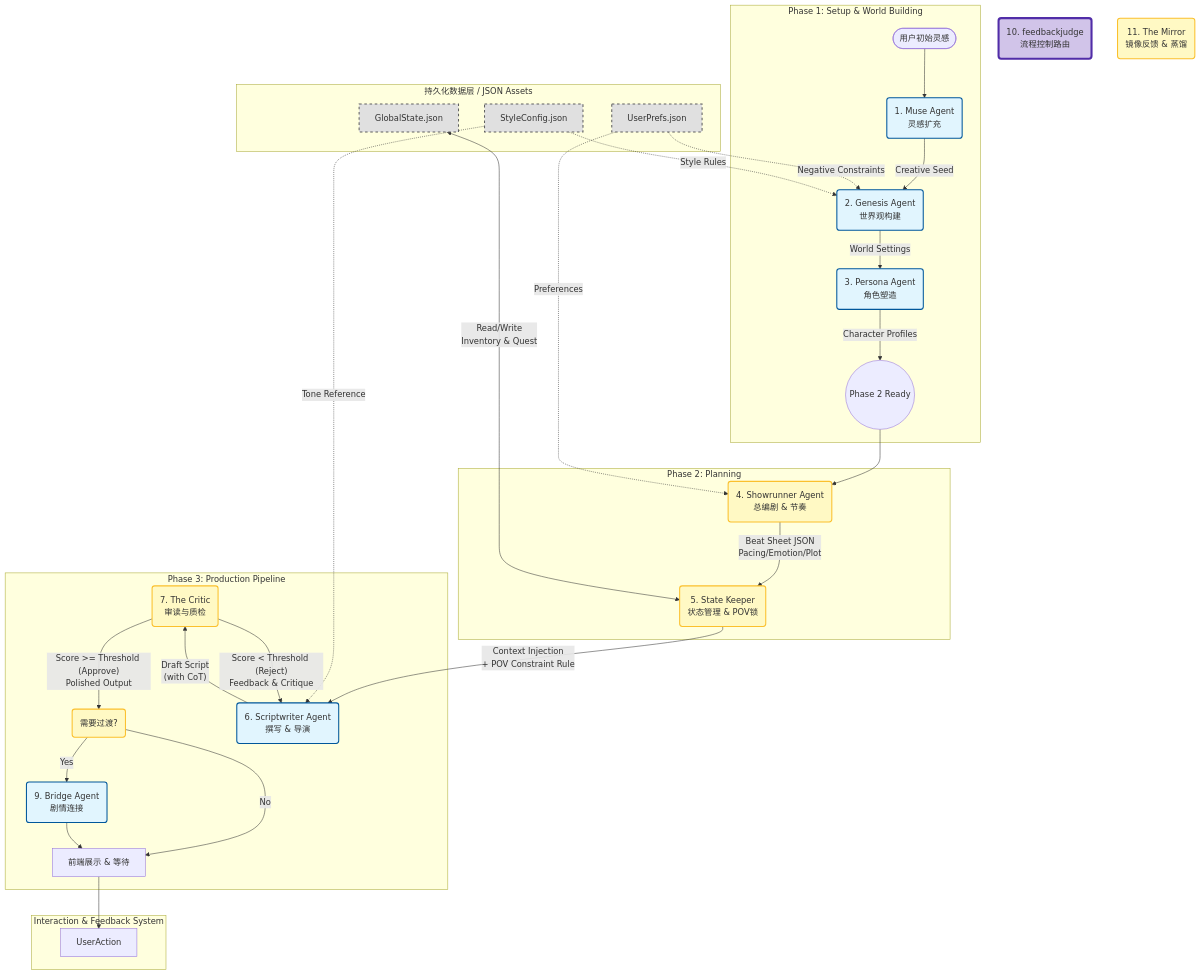
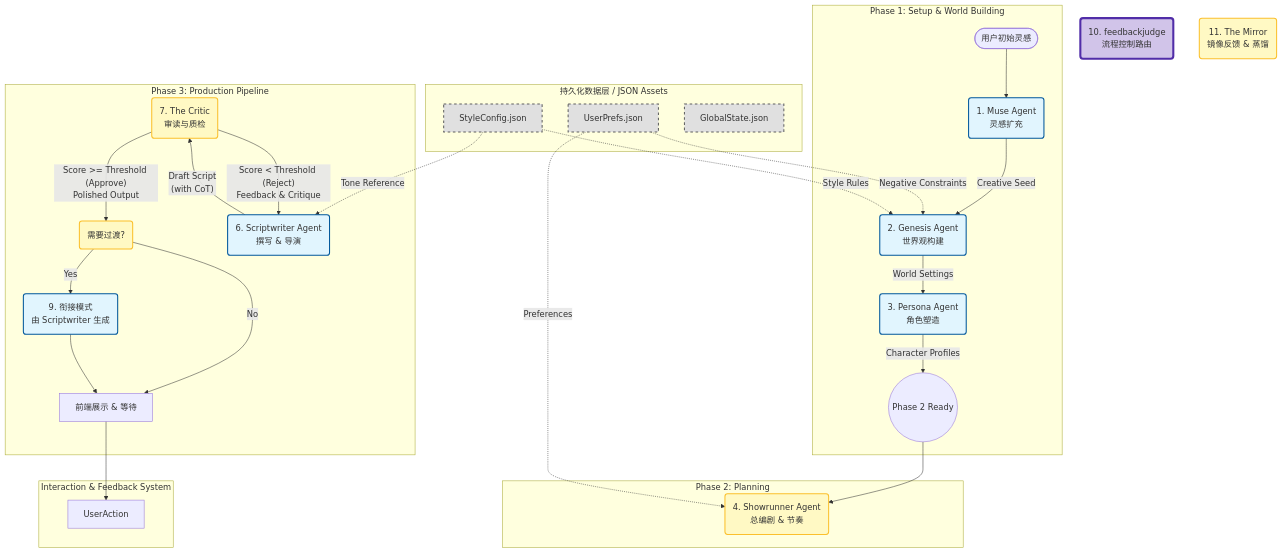
Before and after one commit to 1deaaa/spark-arc-studio: the diagram in 实现计划.md, drawn with Mermaid. The commit also changed other lines of this file and 27 other files, not shown here.

````diff
--- a/实现计划.md
+++ b/实现计划.md
@@ -98,64 +91,60 @@
 ```mermaid
 graph TD
     %% 定义样式
     classDef creative fill:#e1f5fe,stroke:#01579b,stroke-width:2px;
     classDef logic fill:#fff9c4,stroke:#fbc02d,stroke-width:2px;
     classDef data fill:#e0e0e0,stroke:#616161,stroke-width:2px,stroke-dasharray: 5 5;
     classDef user fill:#fce4ec,stroke:#880e4f,stroke-width:2px;
     classDef router fill:#d1c4e9,stroke:#512da8,stroke-width:4px;
 
     %% 预先定义有问题的节点，避免内联定义冲突
     Critic(7. The Critic<br/>审读与质检):::logic
     BridgeCheck(需要过渡?):::logic
     feedbackjudge(10. feedbackjudge<br/>流程控制路由):::router
     Mirror(11. The Mirror<br/>镜像反馈 & 蒸馏):::logic
     
     %% 数据持久化层
     subgraph Database [持久化数据层 / JSON Assets]
         StyleConfig["StyleConfig.json"]:::data
         UserPrefs["UserPrefs.json"]:::data
         GlobalState["GlobalState.json"]:::data
     end
 
     %% Phase 1: 启动与设定
     subgraph Phase1 [Phase 1: Setup & World Building]
         UserIn([用户初始灵感]) --> Muse(1. Muse Agent<br/>灵感扩充):::creative
         Muse -->|Creative Seed| Genesis(2. Genesis Agent<br/>世界观构建):::creative
         UserPrefs -.->|Negative Constraints| Genesis
         StyleConfig -.->|Style Rules| Genesis
         Genesis -->|World Settings| Persona(3. Persona Agent<br/>角色塑造):::creative
         Persona -->|Character Profiles| Phase2Start((Phase 2 Ready))
     end
 
     %% Phase 2: 规划
     subgraph Phase2 [Phase 2: Planning]
         Phase2Start --> Showrunner(4. Showrunner Agent<br/>总编剧 & 节奏):::logic
         UserPrefs -.->|Preferences| Showrunner
-        Showrunner -->|"Beat Sheet JSON<br/>Pacing/Emotion/Plot"| StateKeeper
     end
 
     %% Phase 3: 生产核心
     subgraph Phase3 [Phase 3: Production Pipeline]
-        StateKeeper(5. State Keeper<br/>状态管理 & POV锁):::logic
-        GlobalState <-->|"Read/Write<br/>Inventory & Quest"| StateKeeper
-        
-        StateKeeper -->|"Context Injection<br/>+ POV Constraint Rule"| Scriptwriter(6. Scriptwriter Agent<br/>撰写 & 导演):::creative
+        Scriptwriter(6. Scriptwriter Agent<br/>撰写 & 导演):::creative
         StyleConfig -.->|Tone Reference| Scriptwriter
         
         %% --- 修复点：加上双引号 ---
         Scriptwriter -->|"Draft Script<br/>(with CoT)"| Critic
         
         Critic -- "Score < Threshold (Reject)<br/>Feedback & Critique" --> Scriptwriter
         Critic -- "Score >= Threshold (Approve)<br/>Polished Output" --> BridgeCheck
         
-        BridgeCheck -- Yes --> Bridge(9. Bridge Agent<br/>剧情连接):::creative
+        BridgeCheck -- Yes --> Bridge(9. 衔接模式<br/>由 Scriptwriter 生成):::creative
         BridgeCheck -- No --> OutputUI[前端展示 & 等待]
         Bridge --> OutputUI
     end
 
     %% Phase 4: 反馈闭环 (路由核心)
     subgraph FeedbackLoop [Interaction & Feedback System]
         OutputUI --> UserAction
     end
     %% --- 修复点：补充 end ---
 ```
````
